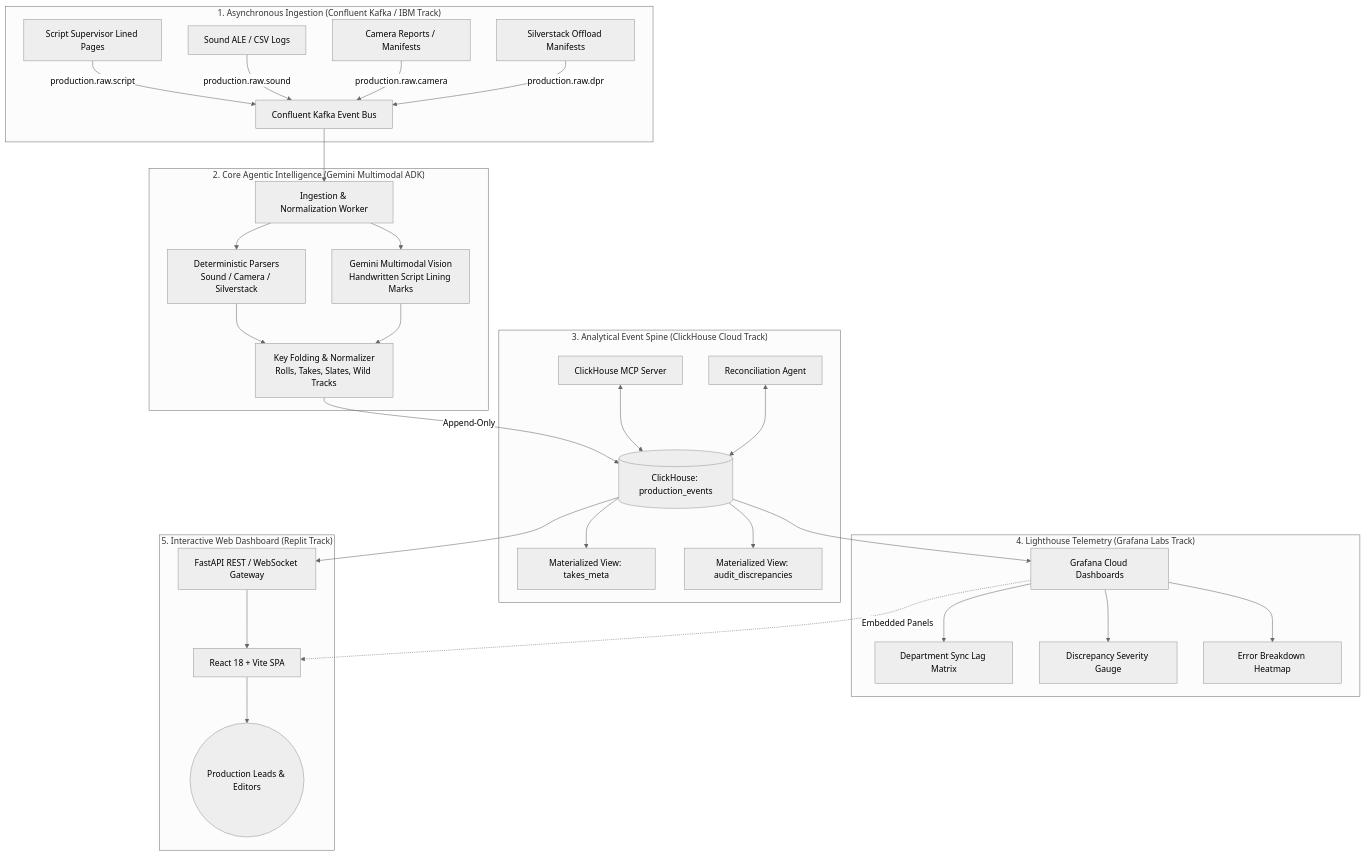
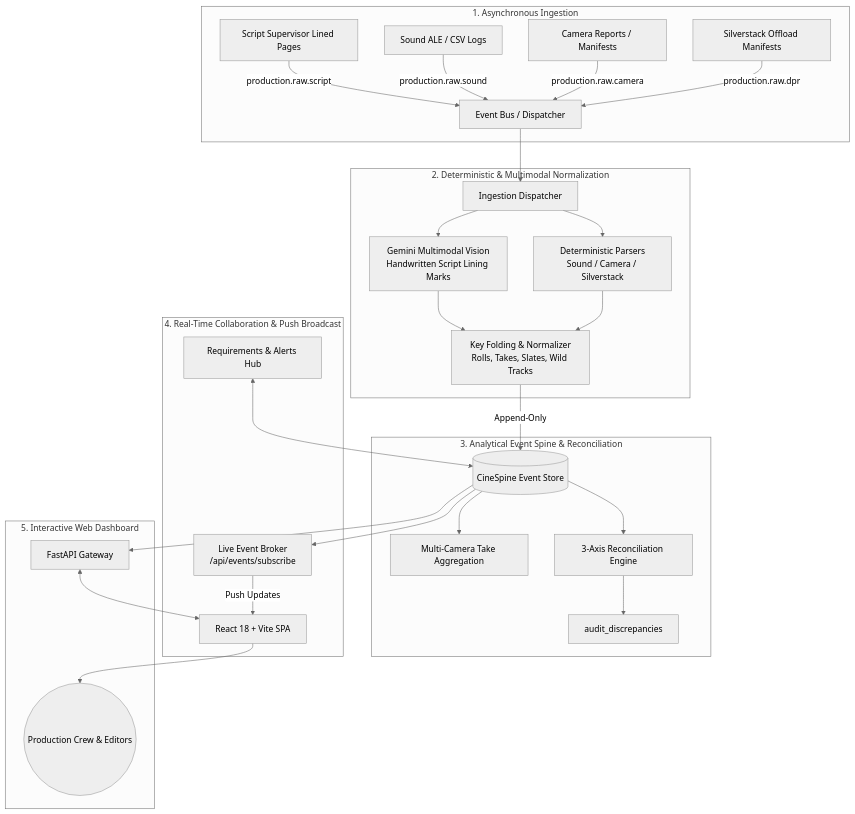
Before and after one commit to ftenaf/cinespine: the diagram in README.md, drawn with Mermaid (neutral theme). The commit also changed other lines of this file, not shown here.

Commit message:
docs: update README with real-time SSE, collaborative requirements, and API reference

````diff
--- a/README.md
+++ b/README.md
@@ -25,39 +28,36 @@
 ```mermaid
 flowchart TD
-    subgraph INGESTION["1. Asynchronous Ingestion (Confluent Kafka / IBM Track)"]
-        A1[Script Supervisor Lined Pages] -->|production.raw.script| K[Confluent Kafka Event Bus]
+    subgraph INGESTION["1. Asynchronous Ingestion"]
+        A1[Script Supervisor Lined Pages] -->|production.raw.script| K[Event Bus / Dispatcher]
         A2[Sound ALE / CSV Logs] -->|production.raw.sound| K
         A3[Camera Reports / Manifests] -->|production.raw.camera| K
         A4[Silverstack Offload Manifests] -->|production.raw.dpr| K
     end
 
-    subgraph AGENT_ENGINE["2. Core Agentic Intelligence (Gemini Multimodal ADK)"]
-        K --> W[Ingestion & Normalization Worker]
+    subgraph AGENT_ENGINE["2. Deterministic & Multimodal Normalization"]
+        K --> W[Ingestion Dispatcher]
         W --> DET[Deterministic Parsers<br/>Sound / Camera / Silverstack]
         W --> GEM[Gemini Multimodal Vision<br/>Handwritten Script Lining Marks]
         DET --> NORM[Key Folding & Normalizer<br/>Rolls, Takes, Slates, Wild Tracks]
         GEM --> NORM
     end
 
-    subgraph OLAP_SPINE["3. Analytical Event Spine (ClickHouse Cloud Track)"]
-        NORM -->|Append-Only| CH[(ClickHouse: production_events)]
-        CH --> MV1[Materialized View: takes_meta]
-        CH --> MV2[Materialized View: audit_discrepancies]
-        MCP[ClickHouse MCP Server] <--> CH
-        RECON[Reconciliation Agent] <--> CH
+    subgraph OLAP_SPINE["3. Analytical Event Spine & Reconciliation"]
+        NORM -->|Append-Only| CH[(CineSpine Event Store)]
+        CH --> RECON[3-Axis Reconciliation Engine]
+        RECON --> DISC[audit_discrepancies]
+        CH --> TAKES[Multi-Camera Take Aggregation]
     end
 
-    subgraph OBSERVABILITY["4. Lighthouse Telemetry (Grafana Labs Track)"]
-        CH --> GRAF[Grafana Cloud Dashboards]
-        GRAF --> G1[Department Sync Lag Matrix]
-        GRAF --> G2[Discrepancy Severity Gauge]
-        GRAF --> G3[Error Breakdown Heatmap]
+    subgraph REALTIME["4. Real-Time Collaboration & Push Broadcast"]
+        CH --> SSE[Live Event Broker<br/>/api/events/subscribe]
+        SSE -->|Push Updates| UI
+        REQ[Requirements & Alerts Hub] <--> CH
     end
 
-    subgraph DASHBOARD["5. Interactive Web Dashboard (Replit Track)"]
-        CH --> API[FastAPI REST / WebSocket Gateway]
-        API --> UI[React 18 + Vite SPA]
-        GRAF -.->|Embedded Panels| UI
-        UI --> USER((Production Leads & Editors))
+    subgraph DASHBOARD["5. Interactive Web Dashboard"]
+        CH --> API[FastAPI Gateway]
+        API <--> UI[React 18 + Vite SPA]
+        UI --> USER((Production Crew & Editors))
     end
 ```
````
